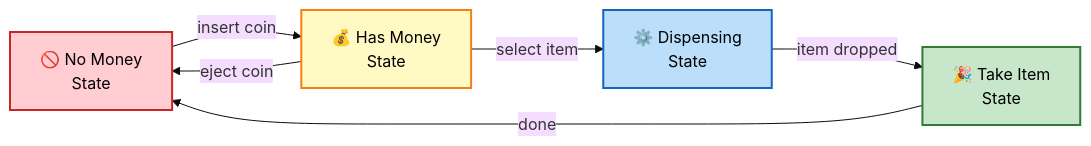
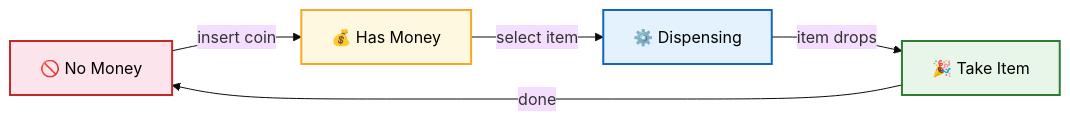
One commit to saivamsikaruturi/vamsilabs-dev-notes-main changed the first of 3 diagrams in docs/designpatterns/behaviouralDesignPatterns/StateDp.md. Above: the diagram before and after it, drawn with Mermaid (base theme). The commit also changed other lines of this file and 42 other files, not shown here.

````diff
--- a/docs/designpatterns/behaviouralDesignPatterns/StateDp.md
+++ b/docs/designpatterns/behaviouralDesignPatterns/StateDp.md
@@ -12,13 +12,10 @@
 ```mermaid
 flowchart LR
-    A["🚫 No Money<br/>State"] -->|insert coin| B["💰 Has Money<br/>State"]
-    B -->|select item| C["⚙️ Dispensing<br/>State"]
-    C -->|item dropped| D["🎉 Take Item<br/>State"]
-    D -->|done| A
-    B -->|eject coin| A
-    
-    style A fill:#FFCDD2,stroke:#C62828,stroke-width:2px,color:#000
-    style B fill:#FFF9C4,stroke:#F57F17,stroke-width:2px,color:#000
-    style C fill:#BBDEFB,stroke:#1565C0,stroke-width:2px,color:#000
-    style D fill:#C8E6C9,stroke:#2E7D32,stroke-width:2px,color:#000
+    A["🚫 No Money"] -->|"insert coin"| B["💰 Has Money"] -->|"select item"| C["⚙️ Dispensing"] -->|"item drops"| D["🎉 Take Item"]
+    D -->|"done"| A
+
+    style A fill:#FCE4EC,stroke:#C62828,stroke-width:2px,color:#000
+    style B fill:#FFF8E1,stroke:#F9A825,stroke-width:2px,color:#000
+    style C fill:#E3F2FD,stroke:#1565C0,stroke-width:2px,color:#000
+    style D fill:#E8F5E9,stroke:#2E7D32,stroke-width:2px,color:#000
 ```
````
